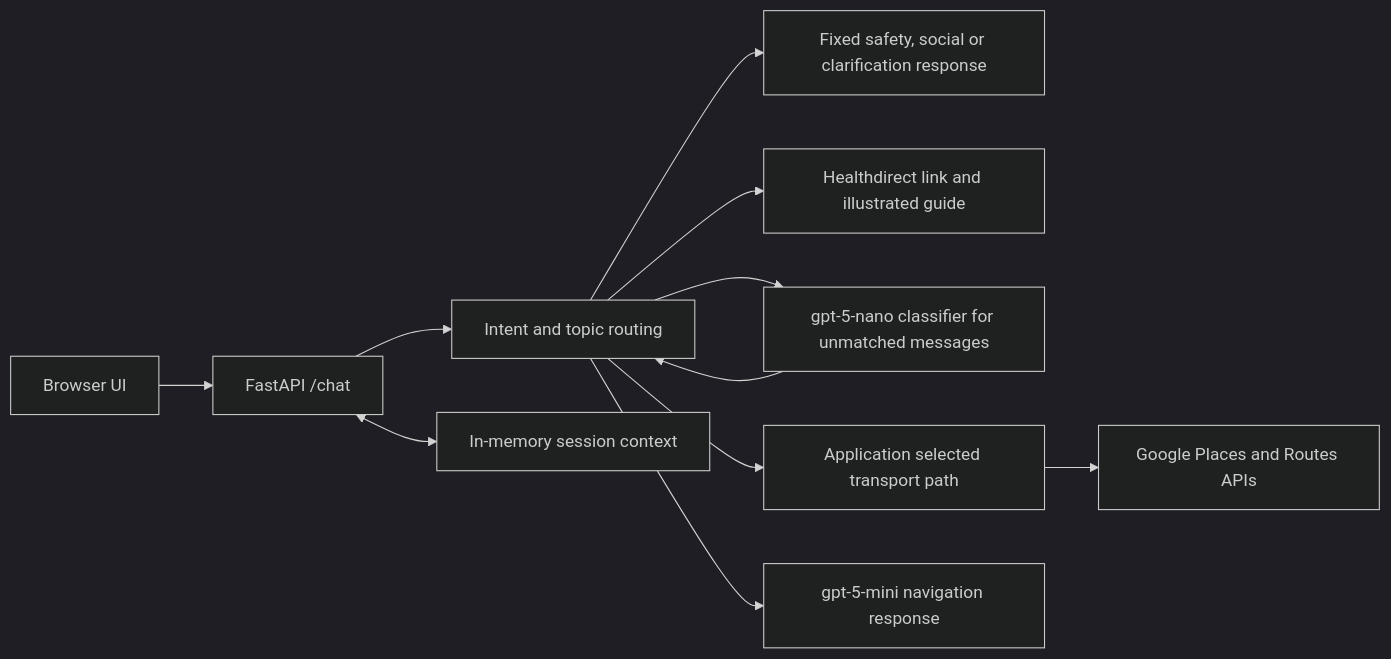
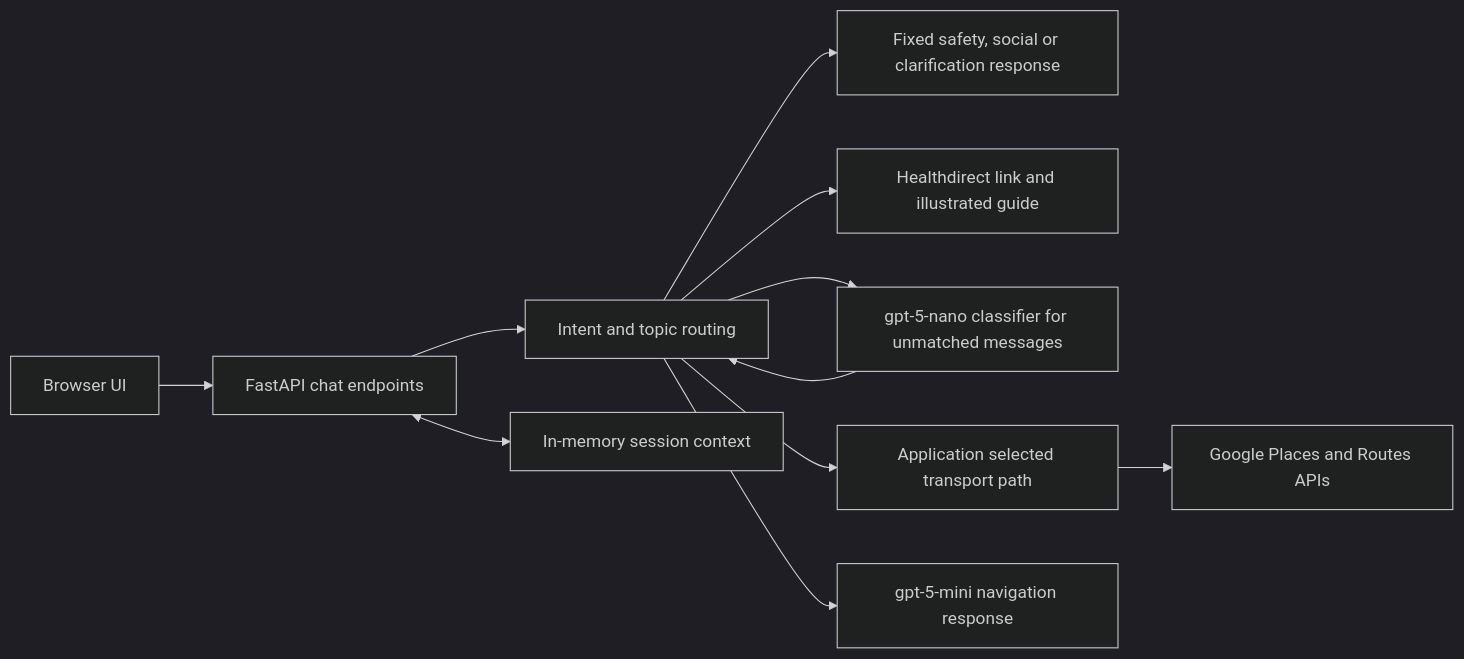
The first of 2 diagrams in README.md (linfe754/medical-navigator), drawn with Mermaid (dark theme) before and after one commit. The commit also changed other lines of this file, not shown here.

````diff
--- a/README.md
+++ b/README.md
@@ -53,13 +55,13 @@
 ```mermaid
 flowchart LR
-    U[Browser UI] --> A[FastAPI /chat]
+    U[Browser UI] --> A[FastAPI chat endpoints]
     A --> R[Intent and topic routing]
     R --> F[Fixed safety, social or clarification response]
     R --> H[Healthdirect link and illustrated guide]
     R --> C[gpt-5-nano classifier for unmatched messages]
     C --> R
     R --> T[Application selected transport path]
     T --> P[Google Places and Routes APIs]
     R --> M[gpt-5-mini navigation response]
     A <--> S[In-memory session context]
 ```
````
